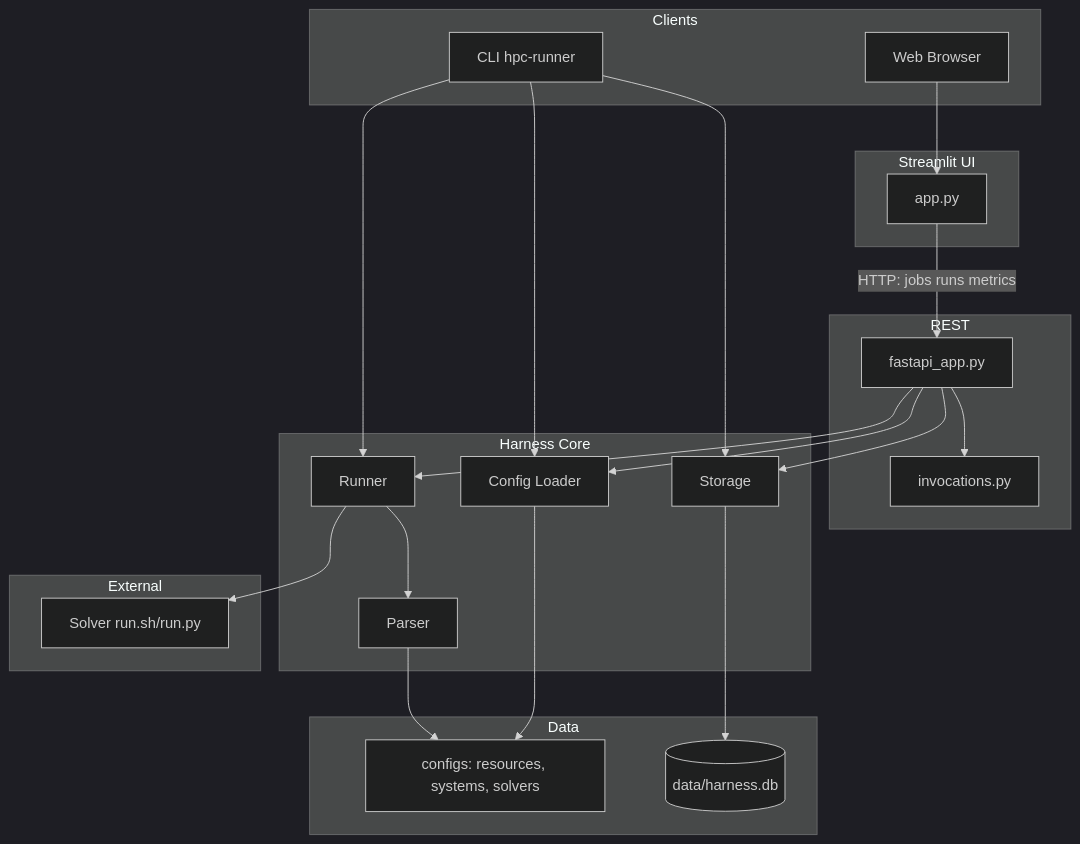
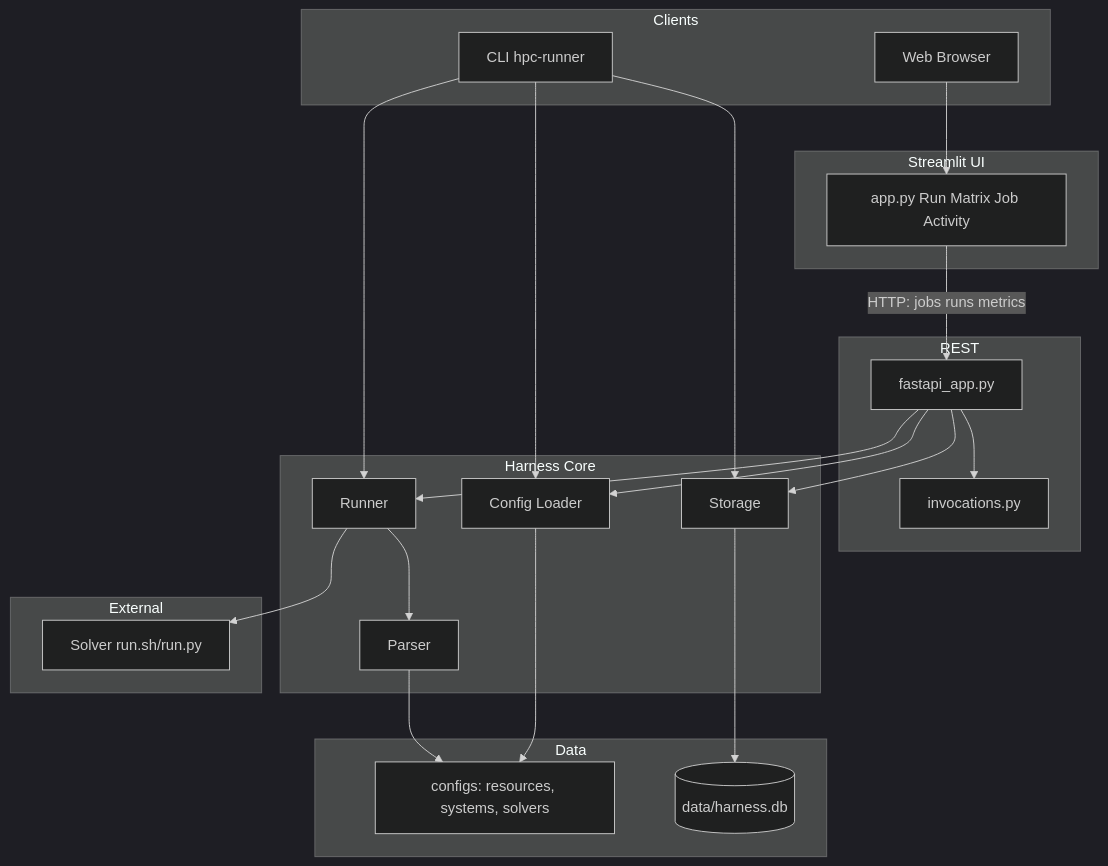
One commit to fractalclockwork/hpc-runner changed the first of 4 diagrams in docs/ARCHITECTURE.md. Above: the diagram before and after it, drawn with Mermaid (dark theme). The commit also changed other lines of this file and 4 other files, not shown here.

````diff
--- a/docs/ARCHITECTURE.md
+++ b/docs/ARCHITECTURE.md
@@ -17,41 +17,41 @@
 ```mermaid
 flowchart TB
     subgraph clients [Clients]
         CLI[CLI hpc-runner]
         Browser[Web Browser]
     end
     subgraph ui [Streamlit UI]
-        Streamlit[app.py]
+        Streamlit["app.py Run Matrix Job Activity"]
     end
     subgraph api [REST]
         FastAPI[fastapi_app.py]
         Invocations[invocations.py]
     end
     subgraph core [Harness Core]
         Config[Config Loader]
         Runner[Runner]
         Parser[Parser]
         Storage[Storage]
     end
     subgraph data [Data]
         YAML["configs: resources, systems, solvers"]
         DB[(data/harness.db)]
     end
     subgraph external [External]
         SolverScript[Solver run.sh/run.py]
     end
     CLI --> Config
     CLI --> Runner
     CLI --> Storage
     Browser --> Streamlit
     Streamlit -->|"HTTP: jobs runs metrics"| FastAPI
     FastAPI --> Invocations
     FastAPI --> Config
     FastAPI --> Runner
     FastAPI --> Storage
     Config --> YAML
     Runner --> Parser
     Runner --> SolverScript
     Parser --> YAML
     Storage --> DB
 ```
````
